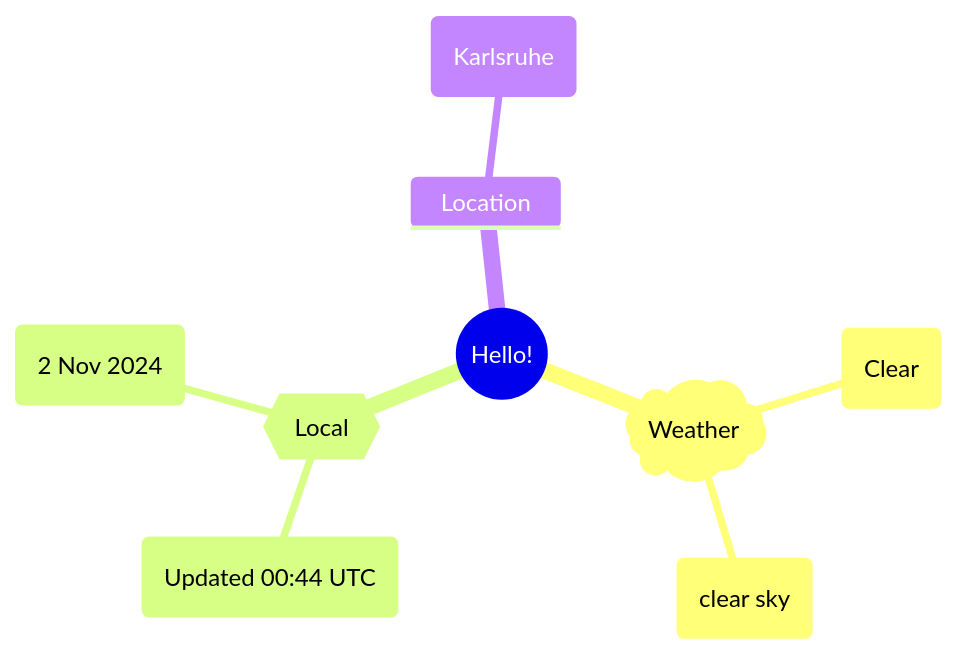
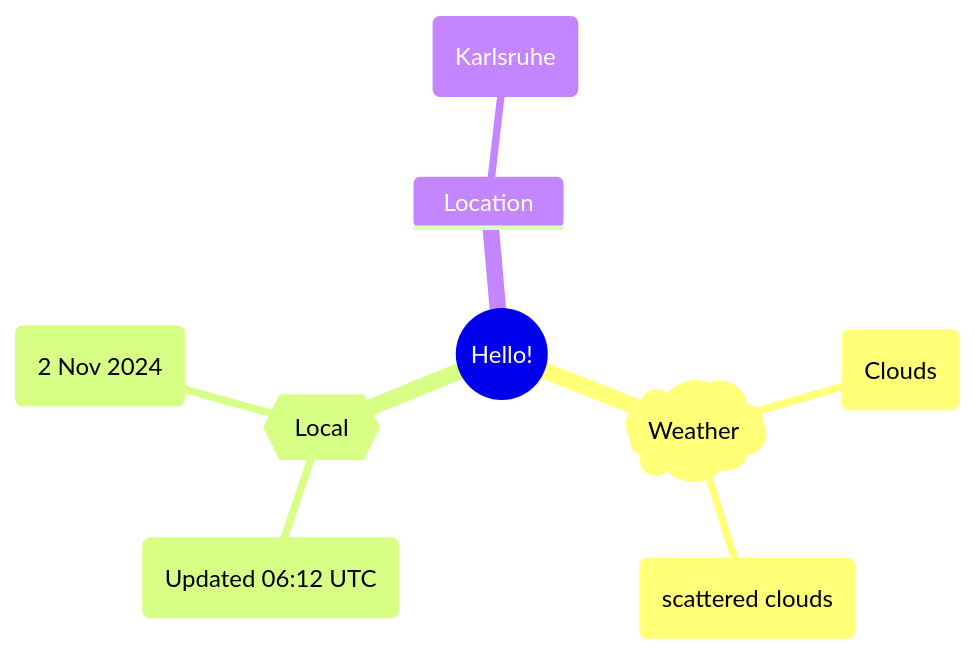
One commit to Xosrov/Xosrov changed the first of 2 diagrams in README.md. Above: the diagram before and after it, drawn with Mermaid.

Commit message:
[bot] updated images

````diff
--- a/README.md
+++ b/README.md
@@ -3,12 +3,12 @@
 ```mermaid
 mindmap
   root((Hello!))
     )Weather(
-        (Clear)
-        (clear sky)
+        (Clouds)
+        (scattered clouds)
     {{Local}}
-        (Updated 00:44 UTC)
+        (Updated 06:12 UTC)
         (2 Nov 2024)
     Location
         (Karlsruhe)
 ```
````
